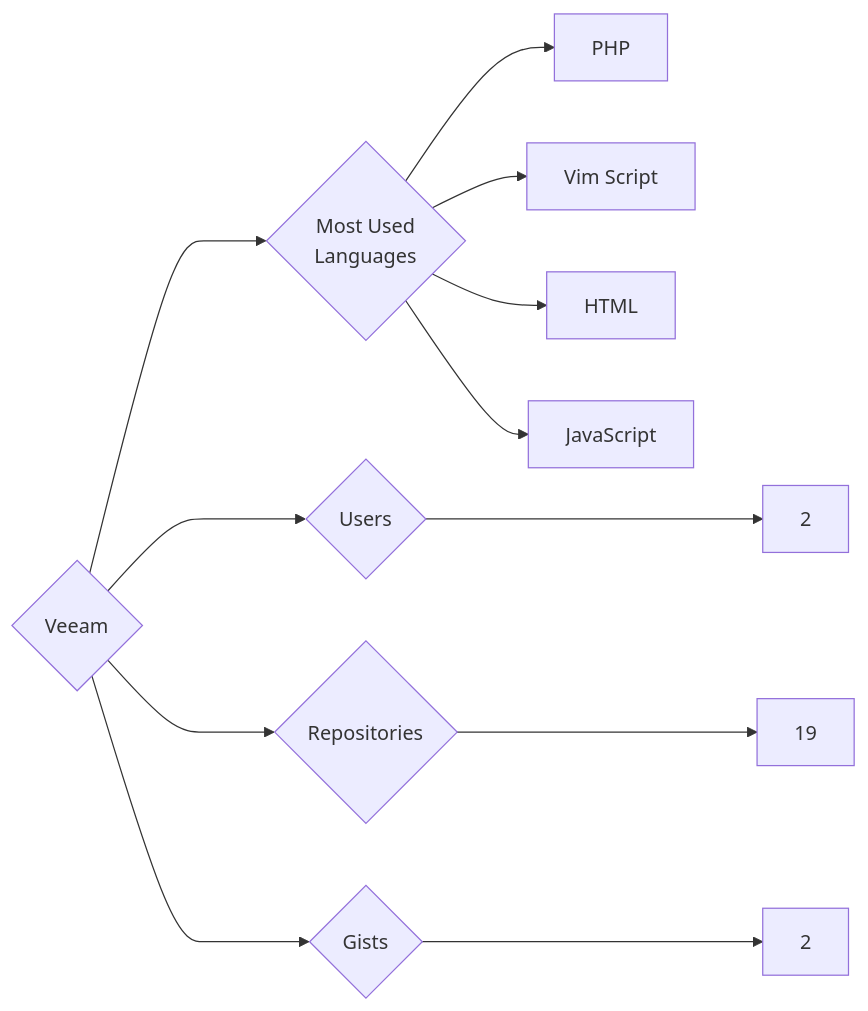
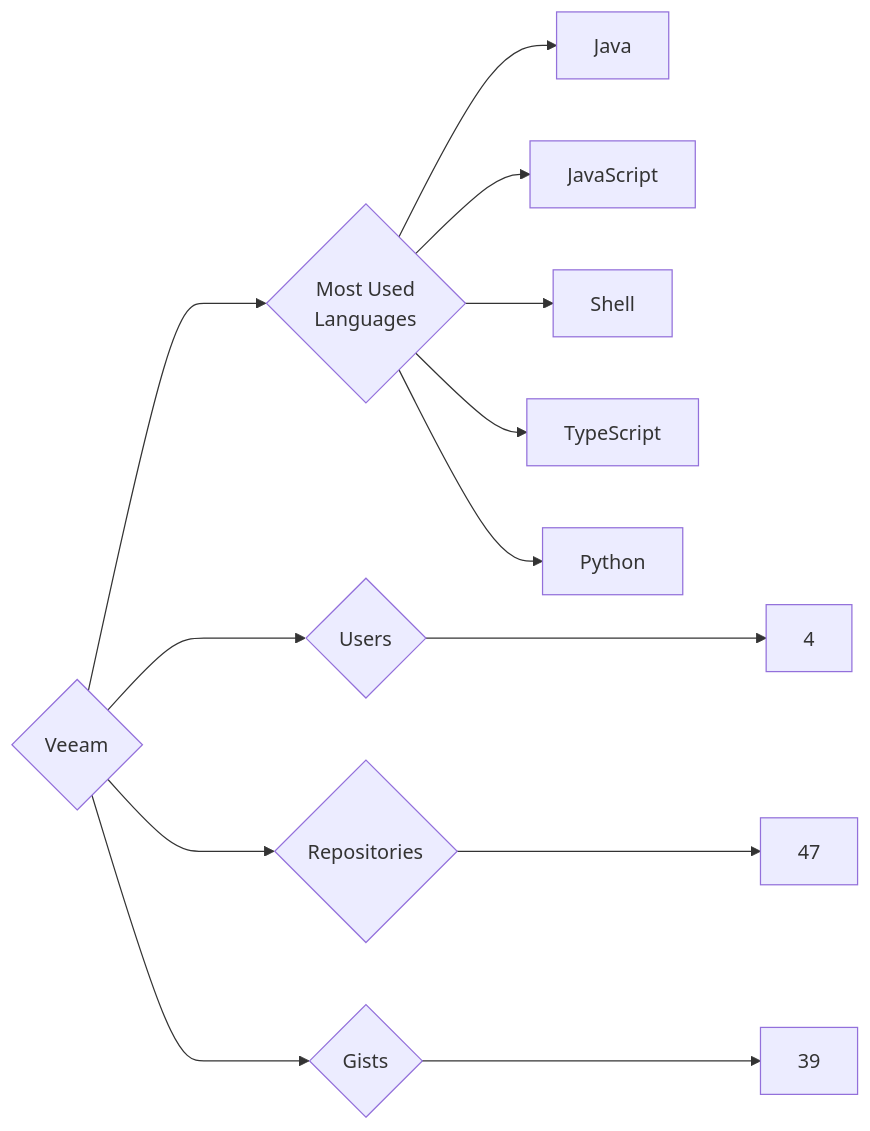
Before and after one commit to trickest/insiders: the diagram in targets/Veeam/README.md, drawn with Mermaid. The commit also changed 797 other files, not shown here.

````diff
--- a/targets/Veeam/README.md
+++ b/targets/Veeam/README.md
@@ -3,12 +3,13 @@
 ```mermaid
 graph LR
 COMPANY_NAME{Veeam}
-COMPANY_NAME ---> U{Users} ---> UN[2]
-COMPANY_NAME ---> R{Repositories} ---> RN[19]
-COMPANY_NAME ---> G{Gists} ---> GN[2]
+COMPANY_NAME ---> U{Users} ---> UN[4]
+COMPANY_NAME ---> R{Repositories} ---> RN[47]
+COMPANY_NAME ---> G{Gists} ---> GN[39]
 COMPANY_NAME ---> ML{Most Used<br>Languages}
-ML --> PHP[PHP]
-ML --> Vim_Script[Vim Script]
-ML --> HTML[HTML]
+ML --> Java[Java]
 ML --> JavaScript[JavaScript]
+ML --> Shell[Shell]
+ML --> TypeScript[TypeScript]
+ML --> Python[Python]
 ```
````
